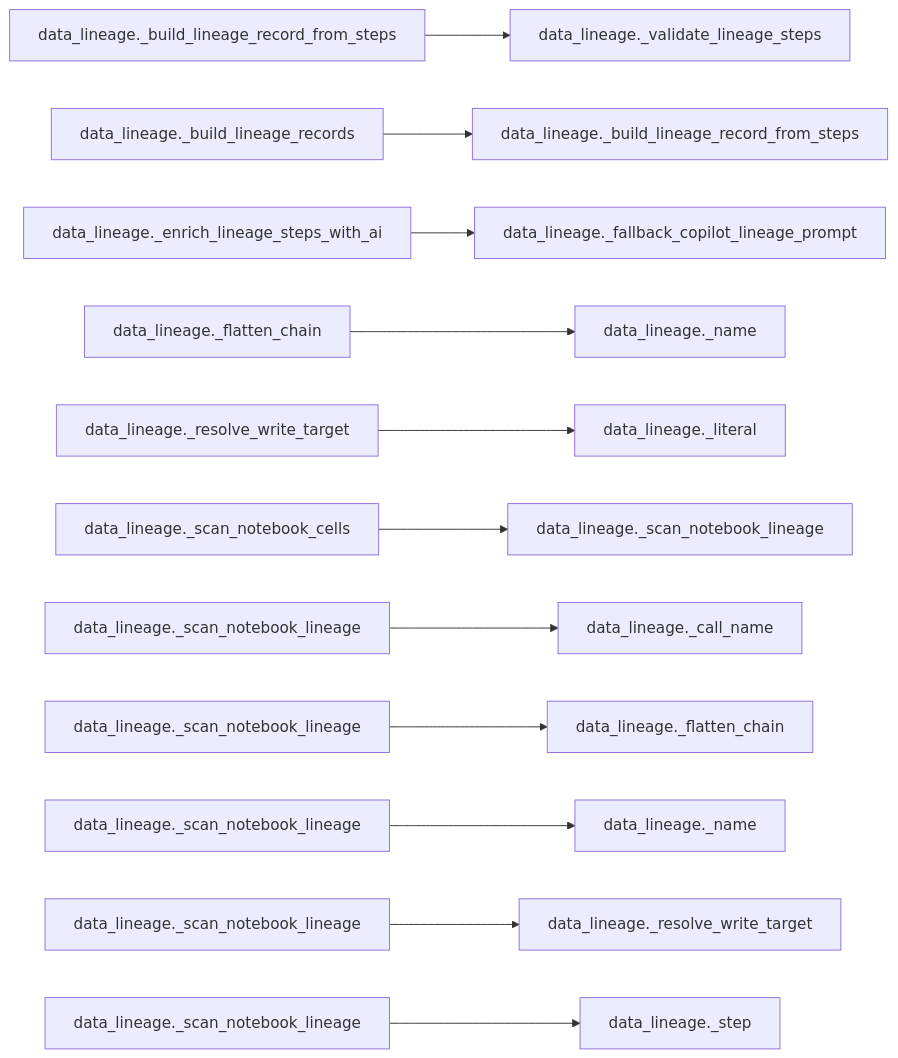
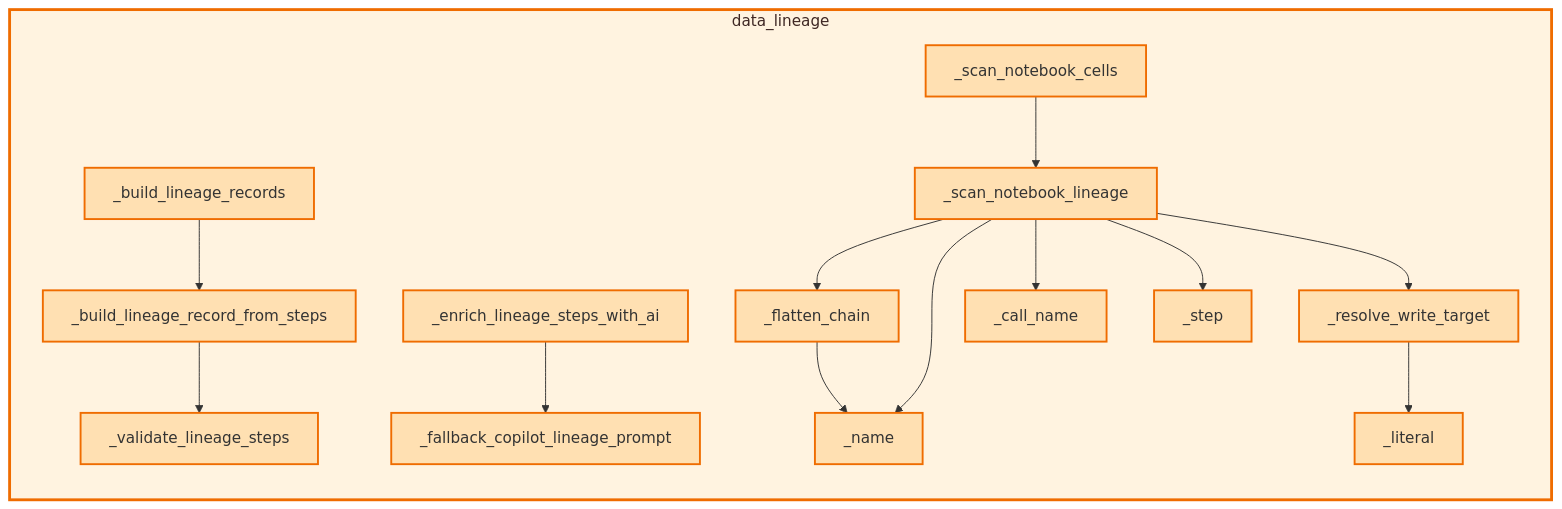
The diagram in docs/api/modules/data_lineage.md (Voycepeh/FabricOps-Starter-Kit), drawn with Mermaid before and after one commit. The commit also changed other lines of this file and 15 other files, not shown here.

Commit message:
Redesign module callable dependency visuals

````diff
--- a/docs/api/modules/data_lineage.md
+++ b/docs/api/modules/data_lineage.md
@@ -128,14 +125,35 @@
 ```mermaid
 flowchart LR
-  n1["data_lineage._build_lineage_record_from_steps"] --> n1b["data_lineage._validate_lineage_steps"]
-  n2["data_lineage._build_lineage_records"] --> n2b["data_lineage._build_lineage_record_from_steps"]
-  n3["data_lineage._enrich_lineage_steps_with_ai"] --> n3b["data_lineage._fallback_copilot_lineage_prompt"]
-  n4["data_lineage._flatten_chain"] --> n4b["data_lineage._name"]
-  n5["data_lineage._resolve_write_target"] --> n5b["data_lineage._literal"]
-  n6["data_lineage._scan_notebook_cells"] --> n6b["data_lineage._scan_notebook_lineage"]
-  n7["data_lineage._scan_notebook_lineage"] --> n7b["data_lineage._call_name"]
-  n8["data_lineage._scan_notebook_lineage"] --> n8b["data_lineage._flatten_chain"]
-  n9["data_lineage._scan_notebook_lineage"] --> n9b["data_lineage._name"]
-  n10["data_lineage._scan_notebook_lineage"] --> n10b["data_lineage._resolve_write_target"]
-  n11["data_lineage._scan_notebook_lineage"] --> n11b["data_lineage._step"]
+  classDef currentModule fill:#fff3e0,stroke:#ef6c00,stroke-width:3px,color:#3e2723;
+  classDef externalModule fill:#f5f5f5,stroke:#9e9e9e,stroke-width:1px,color:#616161;
+  classDef currentCallable fill:#ffe0b2,stroke:#ef6c00,stroke-width:2px;
+  classDef externalCallable fill:#eceff1,stroke:#90a4ae,stroke-width:1px;
+  subgraph m_data_lineage[data_lineage]
+    fabricops_kit_data_lineage__build_lineage_record_from_steps["_build_lineage_record_from_steps"]
+    fabricops_kit_data_lineage__build_lineage_records["_build_lineage_records"]
+    fabricops_kit_data_lineage__call_name["_call_name"]
+    fabricops_kit_data_lineage__enrich_lineage_steps_with_ai["_enrich_lineage_steps_with_ai"]
+    fabricops_kit_data_lineage__fallback_copilot_lineage_prompt["_fallback_copilot_lineage_prompt"]
+    fabricops_kit_data_lineage__flatten_chain["_flatten_chain"]
+    fabricops_kit_data_lineage__literal["_literal"]
+    fabricops_kit_data_lineage__name["_name"]
+    fabricops_kit_data_lineage__resolve_write_target["_resolve_write_target"]
+    fabricops_kit_data_lineage__scan_notebook_cells["_scan_notebook_cells"]
+    fabricops_kit_data_lineage__scan_notebook_lineage["_scan_notebook_lineage"]
+    fabricops_kit_data_lineage__step["_step"]
+    fabricops_kit_data_lineage__validate_lineage_steps["_validate_lineage_steps"]
+  end
+  fabricops_kit_data_lineage__build_lineage_record_from_steps --> fabricops_kit_data_lineage__validate_lineage_steps
+  fabricops_kit_data_lineage__build_lineage_records --> fabricops_kit_data_lineage__build_lineage_record_from_steps
+  fabricops_kit_data_lineage__enrich_lineage_steps_with_ai --> fabricops_kit_data_lineage__fallback_copilot_lineage_prompt
+  fabricops_kit_data_lineage__flatten_chain --> fabricops_kit_data_lineage__name
+  fabricops_kit_data_lineage__resolve_write_target --> fabricops_kit_data_lineage__literal
+  fabricops_kit_data_lineage__scan_notebook_cells --> fabricops_kit_data_lineage__scan_notebook_lineage
+  fabricops_kit_data_lineage__scan_notebook_lineage --> fabricops_kit_data_lineage__call_name
+  fabricops_kit_data_lineage__scan_notebook_lineage --> fabricops_kit_data_lineage__flatten_chain
+  fabricops_kit_data_lineage__scan_notebook_lineage --> fabricops_kit_data_lineage__name
+  fabricops_kit_data_lineage__scan_notebook_lineage --> fabricops_kit_data_lineage__resolve_write_target
+  fabricops_kit_data_lineage__scan_notebook_lineage --> fabricops_kit_data_lineage__step
+  class m_data_lineage currentModule;
+  class fabricops_kit_data_lineage__build_lineage_record_from_steps,fabricops_kit_data_lineage__build_lineage_records,fabricops_kit_data_lineage__call_name,fabricops_kit_data_lineage__enrich_lineage_steps_with_ai,fabricops_kit_data_lineage__fallback_copilot_lineage_prompt,fabricops_kit_data_lineage__flatten_chain,fabricops_kit_data_lineage__literal,fabricops_kit_data_lineage__name,fabricops_kit_data_lineage__resolve_write_target,fabricops_kit_data_lineage__scan_notebook_cells,fabricops_kit_data_lineage__scan_notebook_lineage,fabricops_kit_data_lineage__step,fabricops_kit_data_lineage__validate_lineage_steps currentCallable;
 ```
````
